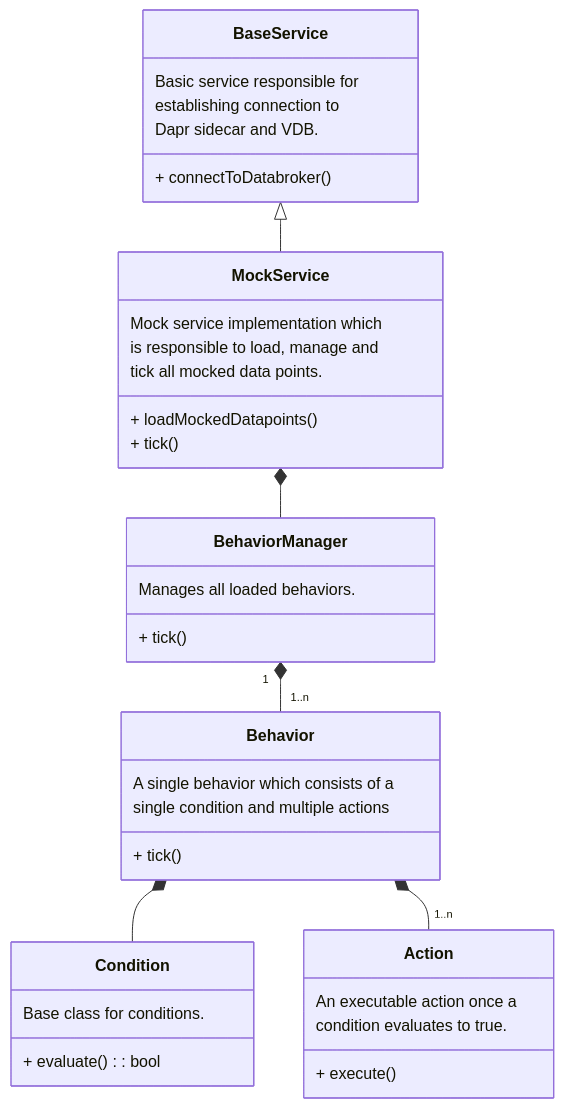
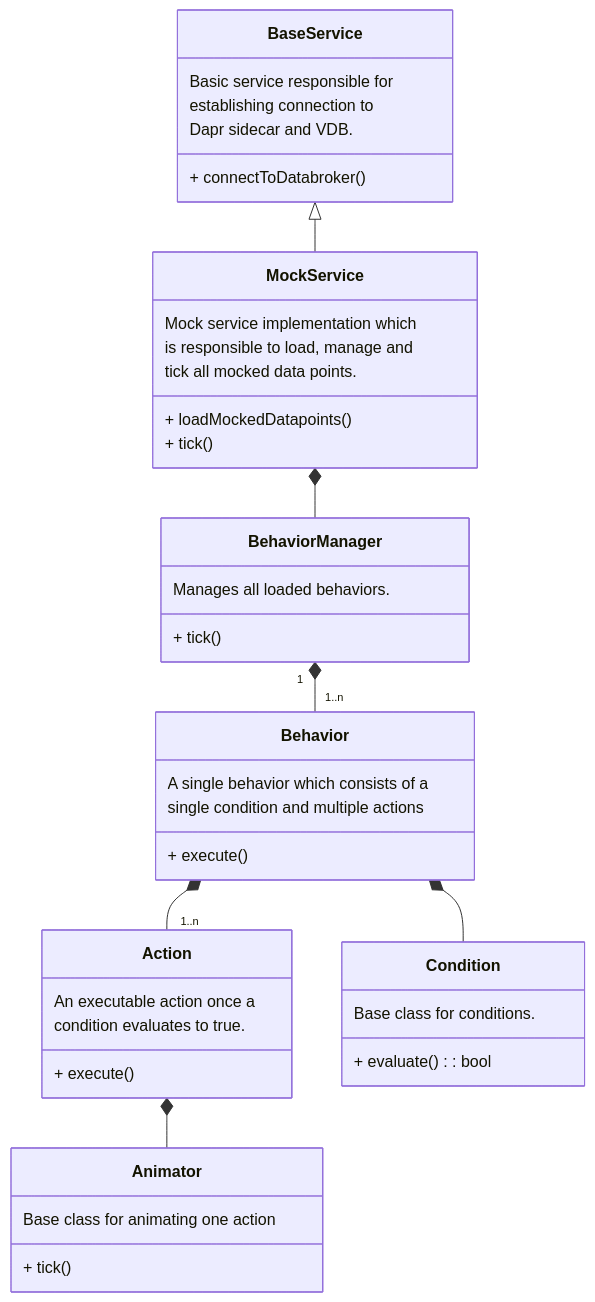
One commit to eclipse-kuksa/kuksa.val.services changed the second of 2 diagrams in mock_service/doc/concept.md. Above: the diagram before and after it, drawn with Mermaid. The commit also changed 6 other files, not shown here.

````diff
--- a/mock_service/doc/concept.md
+++ b/mock_service/doc/concept.md
@@ -154,45 +154,51 @@
 ```mermaid
 classDiagram
     class BaseService {
         Basic service responsible for
         establishing connection to
         Dapr sidecar and VDB.
         + connectToDatabroker()
     }
 
     class MockService {
         Mock service implementation which
         is responsible to load, manage and
         tick all mocked data points.
         + loadMockedDatapoints()
         + tick()
     }
 
     class Behavior {
         A single behavior which consists of a
         single condition and multiple actions
-        + tick()
+        + execute()
     }
 
     class Action {
         An executable action once a
         condition evaluates to true.
         + execute()
     }
 
     class Condition {
         Base class for conditions.
         + evaluate(): bool
     }
 
+    class Animator {
+      Base class for animating one action
+      + tick()
+    }
+
     class BehaviorManager {
         Manages all loaded behaviors.
         + tick()
     }
 
     BaseService <|-- MockService
     MockService *-- BehaviorManager
     BehaviorManager "1" *-- "1..n" Behavior
     Behavior *-- Condition
     Behavior *-- "1..n" Action
+    Action *-- Animator
 ```
````
